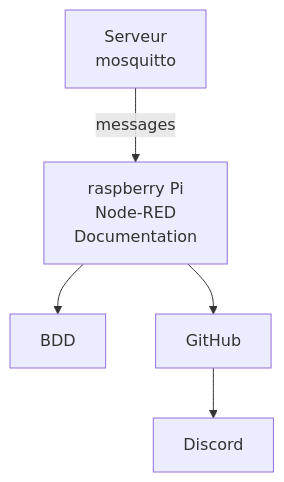
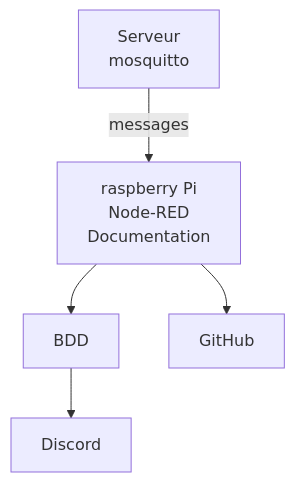
The first of 2 diagrams in README.md (Ro-bit-ops/Rapport-Projet-Ronan-Henri), drawn with Mermaid before and after one commit.

Commit message:
Modify flowchart connections in README.md
Updated flowchart to reflect new connections between components.

````diff
--- a/README.md
+++ b/README.md
@@ -11,6 +11,6 @@
 ```mermaid
 flowchart TD
     mosquitto[Serveur<br>mosquitto] --> |messages| RPi[raspberry Pi<br>Node-RED<br> Documentation]
-    RPi --> BDD
-    RPi --> GitHub --> Discord
+    RPi --> BDD --> Discord
+    RPi --> GitHub
 ```
````
